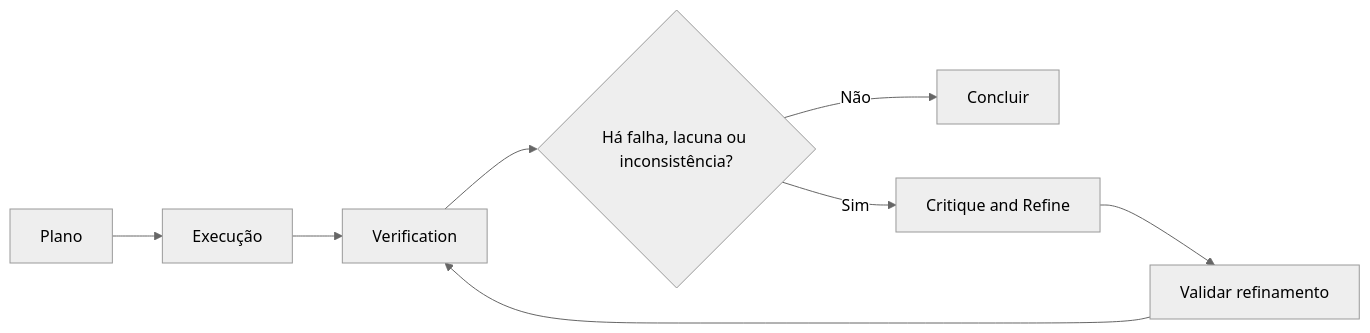
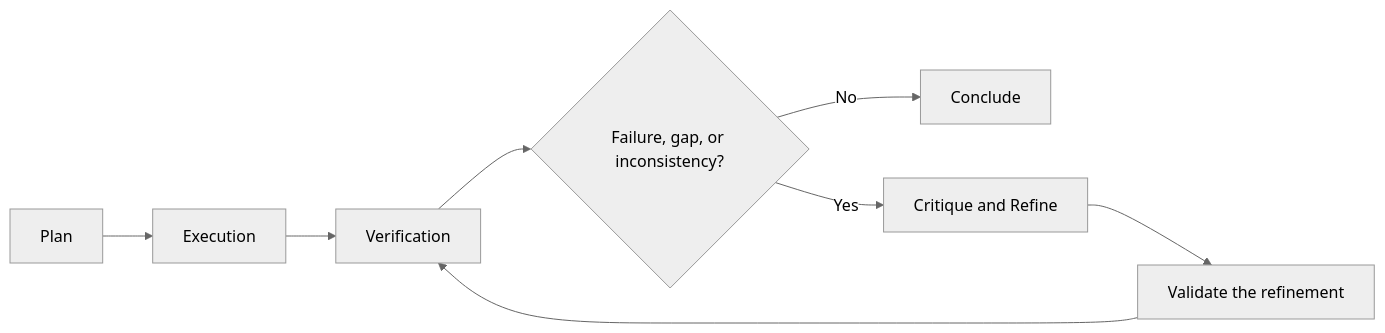
The second of 3 diagrams in dist/.claude/skills/pelizzai-reasoning/techniques/critique-and-refine.md (rpelizza/PelizzAI), drawn with Mermaid (neutral theme) before and after one commit. The commit also changed other lines of this file and 362 other files, not shown here.

````diff
--- a/dist/.claude/skills/pelizzai-reasoning/techniques/critique-and-refine.md
+++ b/dist/.claude/skills/pelizzai-reasoning/techniques/critique-and-refine.md
@@ -102,11 +102,11 @@
 ```mermaid
 flowchart LR
-    A[Plano] --> B[Execução]
+    A[Plan] --> B[Execution]
     B --> C[Verification]
-    C --> D{Há falha, lacuna ou inconsistência?}
+    C --> D{Failure, gap, or inconsistency?}
 
-    D -- Não --> E[Concluir]
-    D -- Sim --> F[Critique and Refine]
-    F --> G[Validar refinamento]
+    D -- No --> E[Conclude]
+    D -- Yes --> F[Critique and Refine]
+    F --> G[Validate the refinement]
     G --> C
 ```
````
